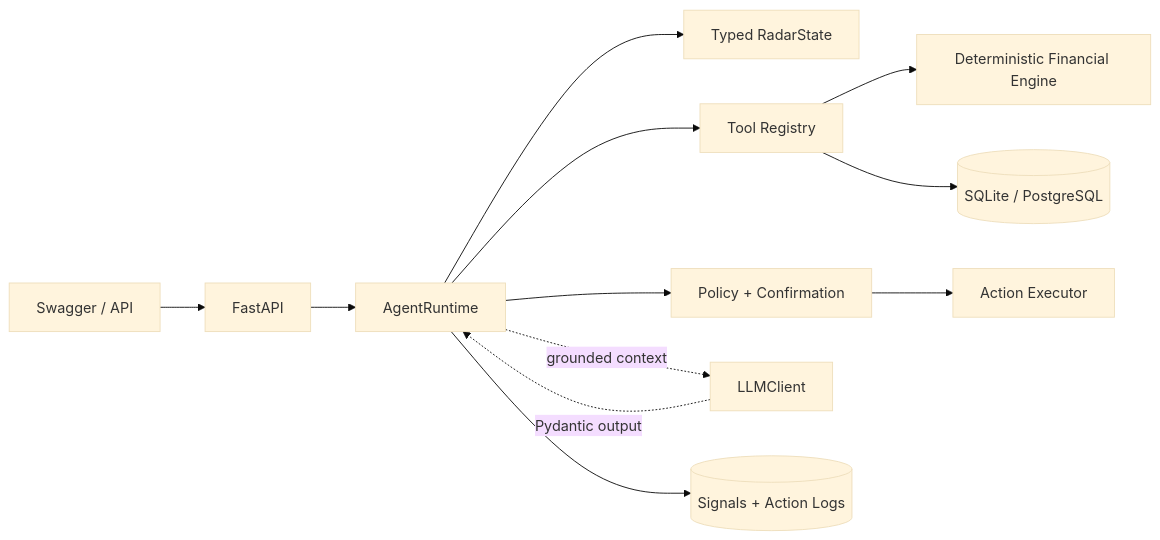
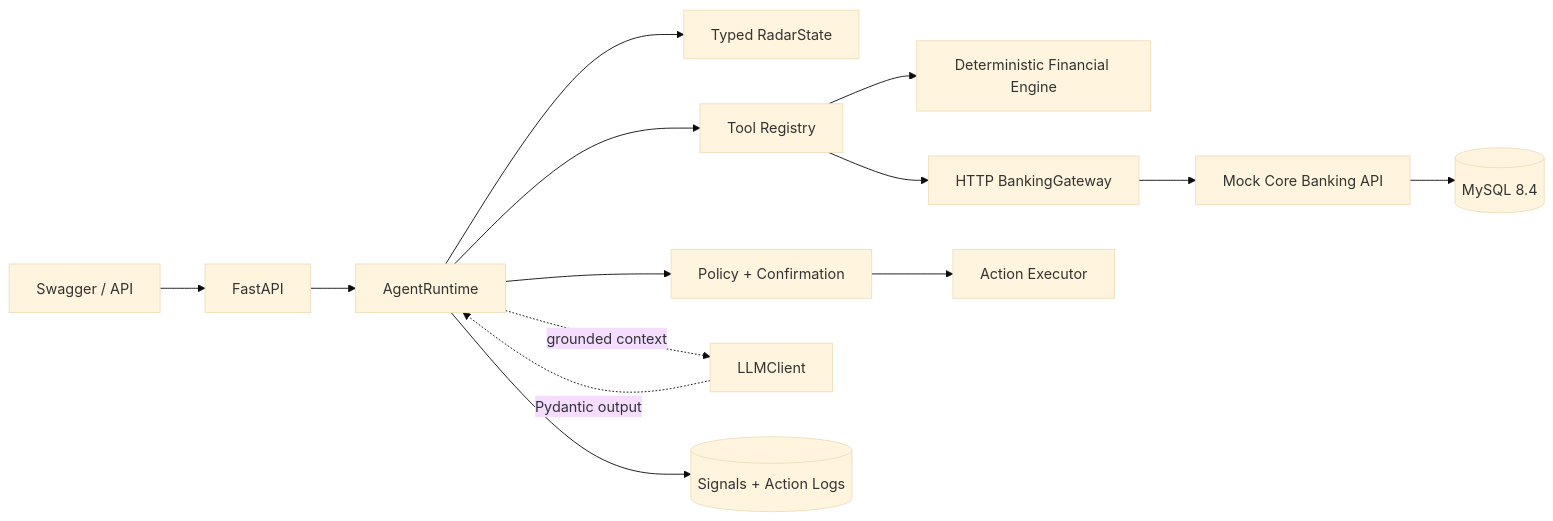
Before and after one commit to anmvk58/msb-hackathon-2026: the diagram in README.md, drawn with Mermaid (base theme). The commit also changed other lines of this file and 106 other files, not shown here.

````diff
--- a/README.md
+++ b/README.md
@@ -14,14 +14,16 @@
 ```mermaid
 flowchart LR
   Client[Swagger / API] --> API[FastAPI]
   API --> Runtime[AgentRuntime]
   Runtime --> State[Typed RadarState]
   Runtime --> Registry[Tool Registry]
   Registry --> Engine[Deterministic Financial Engine]
-  Registry --> DB[(SQLite / PostgreSQL)]
+  Registry --> Gateway[HTTP BankingGateway]
+  Gateway --> Core[Mock Core Banking API]
+  Core --> MySQL[(MySQL 8.4)]
   Runtime --> Policy[Policy + Confirmation]
   Policy --> Actions[Action Executor]
   Runtime -. grounded context .-> LLM[LLMClient]
   LLM -. Pydantic output .-> Runtime
   Runtime --> Trace[(Signals + Action Logs)]
 ```
````
